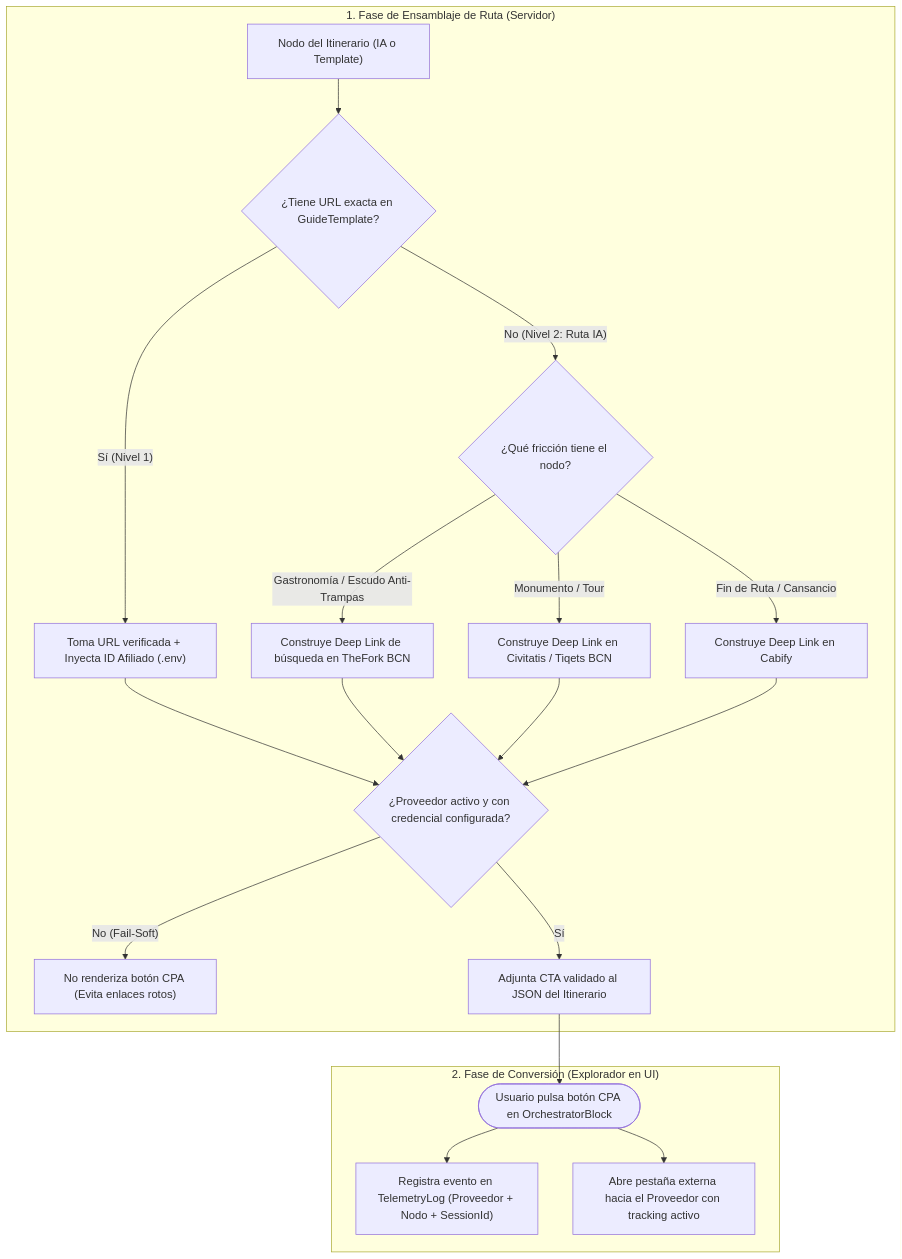
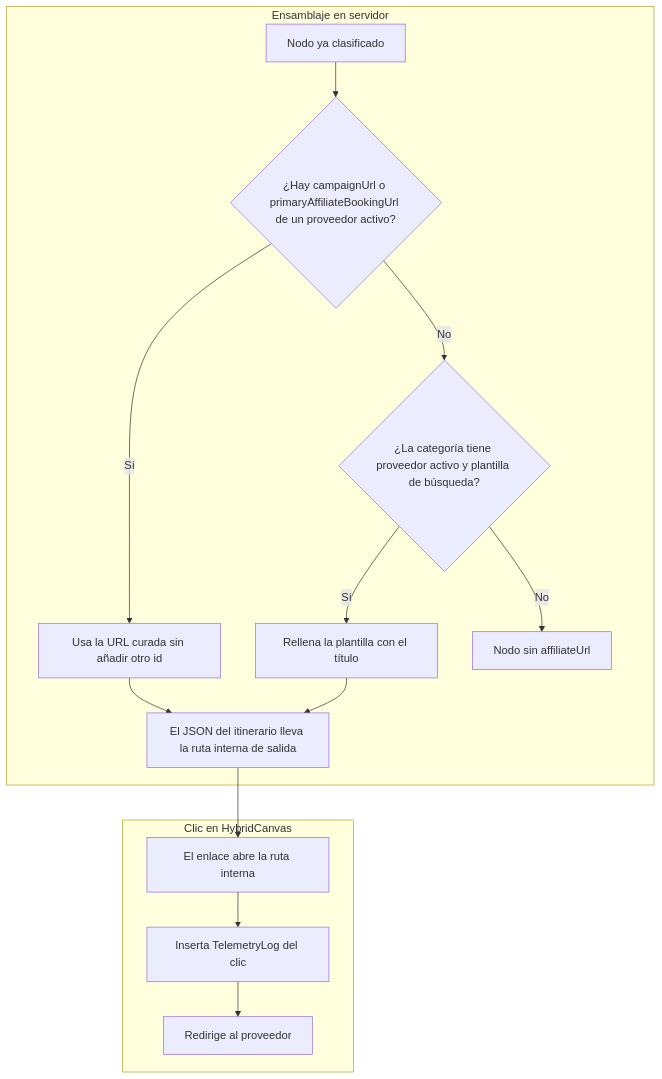
The diagram in Documentacion/HistoriasDeUsuario/[ARQUITECTURA] Historia de Usuario: Ecosistema de Afiliación Asimétrica.md (racso80es/BarcelonaXplorer), drawn with Mermaid before and after one commit. The commit also changed other lines of this file and 13 other files, not shown here.

````diff
--- a/Documentacion/HistoriasDeUsuario/[ARQUITECTURA] Historia de Usuario: Ecosistema de Afiliación Asimétrica.md
+++ b/Documentacion/HistoriasDeUsuario/[ARQUITECTURA] Historia de Usuario: Ecosistema de Afiliación Asimétrica.md
@@ -80,20 +145,18 @@
 ```mermaid
 flowchart TD
-    subgraph Generacion ["1. Fase de Ensamblaje de Ruta (Servidor)"]
-        Node["Nodo del Itinerario (IA o Template)"] --> CheckOrigin{¿Tiene URL exacta en GuideTemplate?}
-        CheckOrigin -- Sí (Nivel 1) --> ExactURL["Toma URL verificada + Inyecta ID Afiliado (.env)"]
-        CheckOrigin -- No (Nivel 2: Ruta IA) --> EvalFriction{¿Qué fricción tiene el nodo?}
-        EvalFriction -- Gastronomía / Escudo Anti-Trampas --> SearchFork["Construye Deep Link de búsqueda en TheFork BCN"]
-        EvalFriction -- Monumento / Tour --> SearchCulture["Construye Deep Link en Civitatis / Tiqets BCN"]
-        EvalFriction -- Fin de Ruta / Cansancio --> SearchMobility["Construye Deep Link en Cabify"]
-        ExactURL & SearchFork & SearchCulture & SearchMobility --> EnvCheck{¿Proveedor activo y con credencial configurada?}
-        EnvCheck -- No (Fail-Soft) --> OmitButton["No renderiza botón CPA (Evita enlaces rotos)"]
-        EnvCheck -- Sí --> RenderCTA["Adjunta CTA validado al JSON del Itinerario"]
+    subgraph servidor ["Ensamblaje en servidor"]
+        Nodo["Nodo ya clasificado"] --> Curada{"¿Hay campaignUrl o primaryAffiliateBookingUrl de un proveedor activo?"}
+        Curada -- Sí --> Ficha["Usa la URL curada sin añadir otro id"]
+        Curada -- No --> Plantilla{"¿La categoría tiene proveedor activo y plantilla de búsqueda?"}
+        Plantilla -- Sí --> Busqueda["Rellena la plantilla con el título"]
+        Plantilla -- No --> Omite["Nodo sin affiliateUrl"]
+        Ficha --> Json["El JSON del itinerario lleva la ruta interna de salida"]
+        Busqueda --> Json
     end
 
-    subgraph Interaccion ["2. Fase de Conversión (Explorador en UI)"]
-        RenderCTA --> UserClick(["Usuario pulsa botón CPA en OrchestratorBlock"])
-        UserClick --> Telemetry["Registra evento en TelemetryLog (Proveedor + Nodo + SessionId)"]
-        UserClick --> ExternalRedirect["Abre pestaña externa hacia el Proveedor con tracking activo"]
+    subgraph salida ["Clic en HybridCanvas"]
+        Json --> Ancla["El enlace abre la ruta interna"]
+        Ancla --> Log["Inserta TelemetryLog del clic"]
+        Log --> Redir["Redirige al proveedor"]
     end
 ```
````
